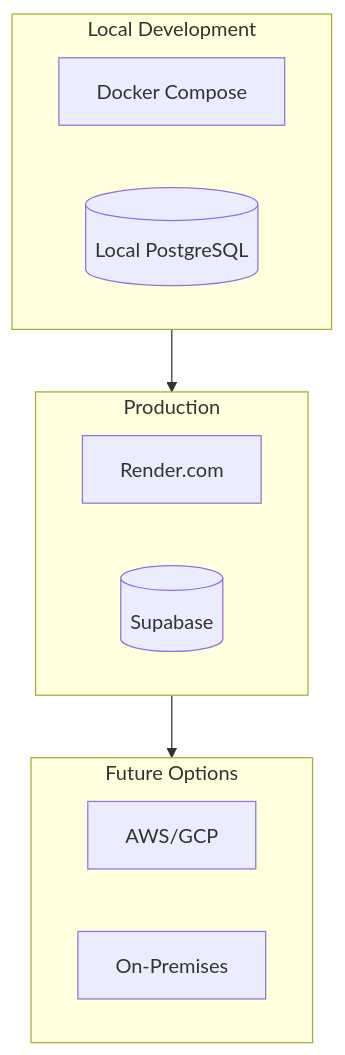
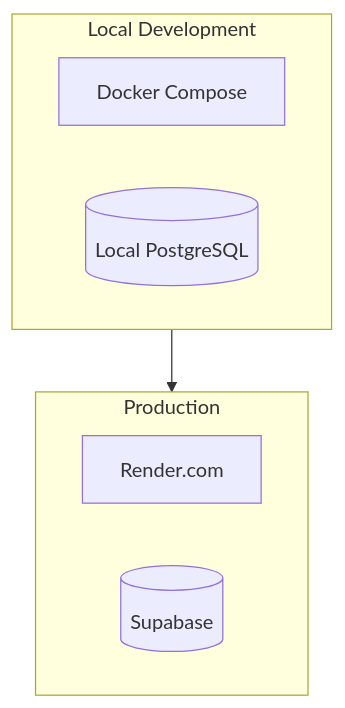
One commit to athola/community-pulse changed the sixth of 7 diagrams in docs/slicksheet.md. Above: the diagram before and after it, drawn with Mermaid. The commit also changed other lines of this file and 22 other files, not shown here.

````diff
--- a/docs/slicksheet.md
+++ b/docs/slicksheet.md
@@ -228,20 +209,14 @@
 ```mermaid
 flowchart TB
     subgraph Local["Local Development"]
         Docker[Docker Compose]
         LocalDB[(Local PostgreSQL)]
     end
 
     subgraph Cloud["Production"]
         Render[Render.com]
         Supabase[(Supabase)]
     end
 
-    subgraph Future["Future Options"]
-        AWS[AWS/GCP]
-        OnPrem[On-Premises]
-    end
-
     Local --> Cloud
-    Cloud --> Future
 ```
````
